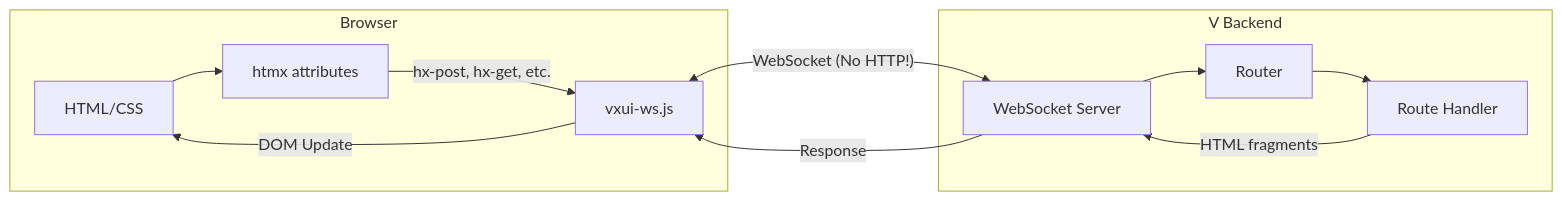
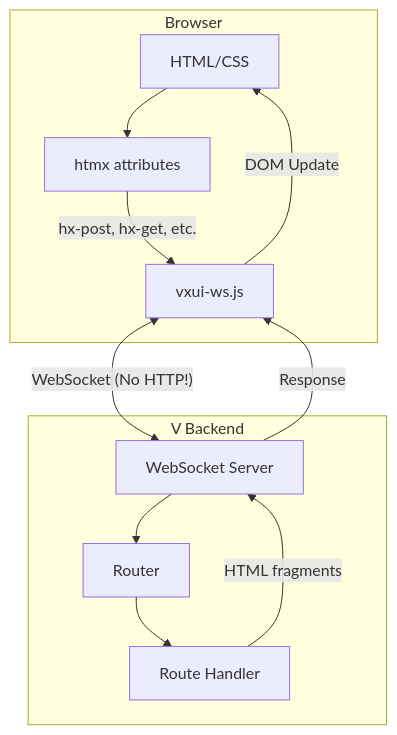
Before and after one commit to kbkpbot/vxui: the diagram in README.md, drawn with Mermaid.

Commit message:
docs: change architecture diagram to top-bottom layout

````diff
--- a/README.md
+++ b/README.md
@@ -185,23 +185,23 @@
 ```mermaid
-flowchart LR
+flowchart TB
     subgraph Frontend["Browser"]
         HTML["HTML/CSS"]
         HTMX["htmx attributes"]
         WS["vxui-ws.js"]
     end
     
     subgraph Backend["V Backend"]
         WSS["WebSocket Server"]
         Router["Router"]
         Handler["Route Handler"]
     end
     
     HTML --> HTMX
     HTMX -->|"hx-post, hx-get, etc."| WS
     WS <-->|"WebSocket (No HTTP!)"| WSS
     WSS --> Router
     Router --> Handler
     Handler -->|"HTML fragments"| WSS
     WSS -->|"Response"| WS
     WS -->|"DOM Update"| HTML
 ```
````
